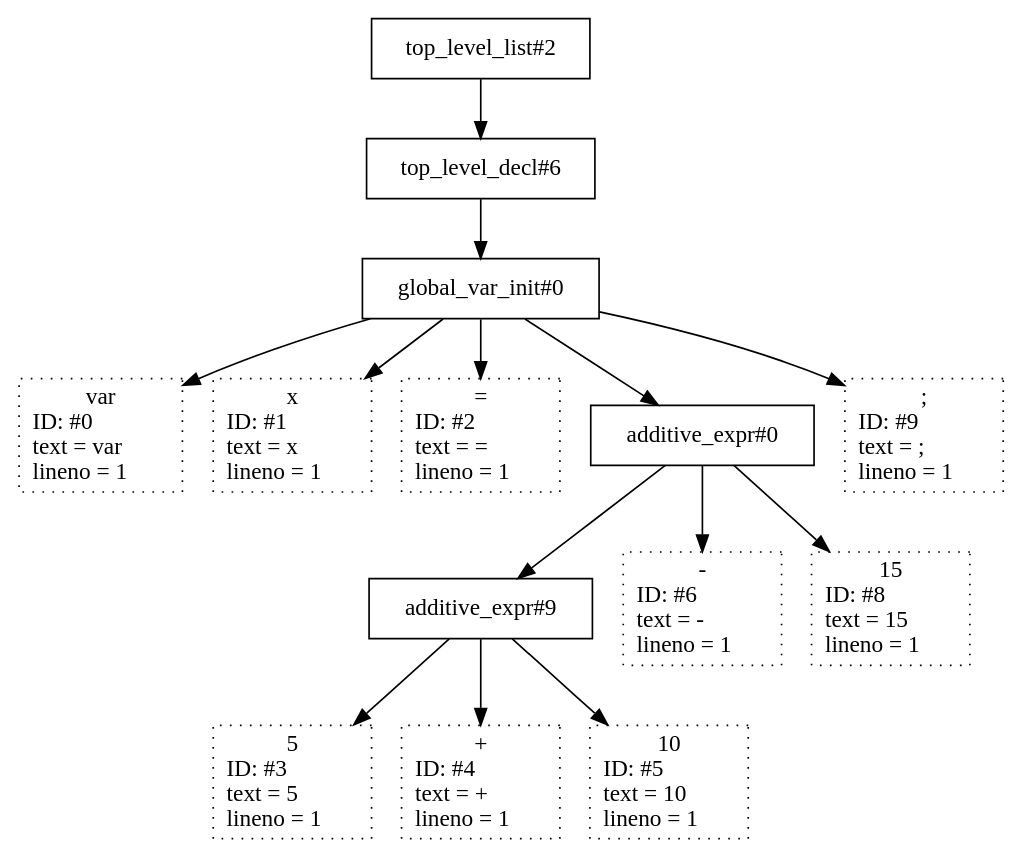
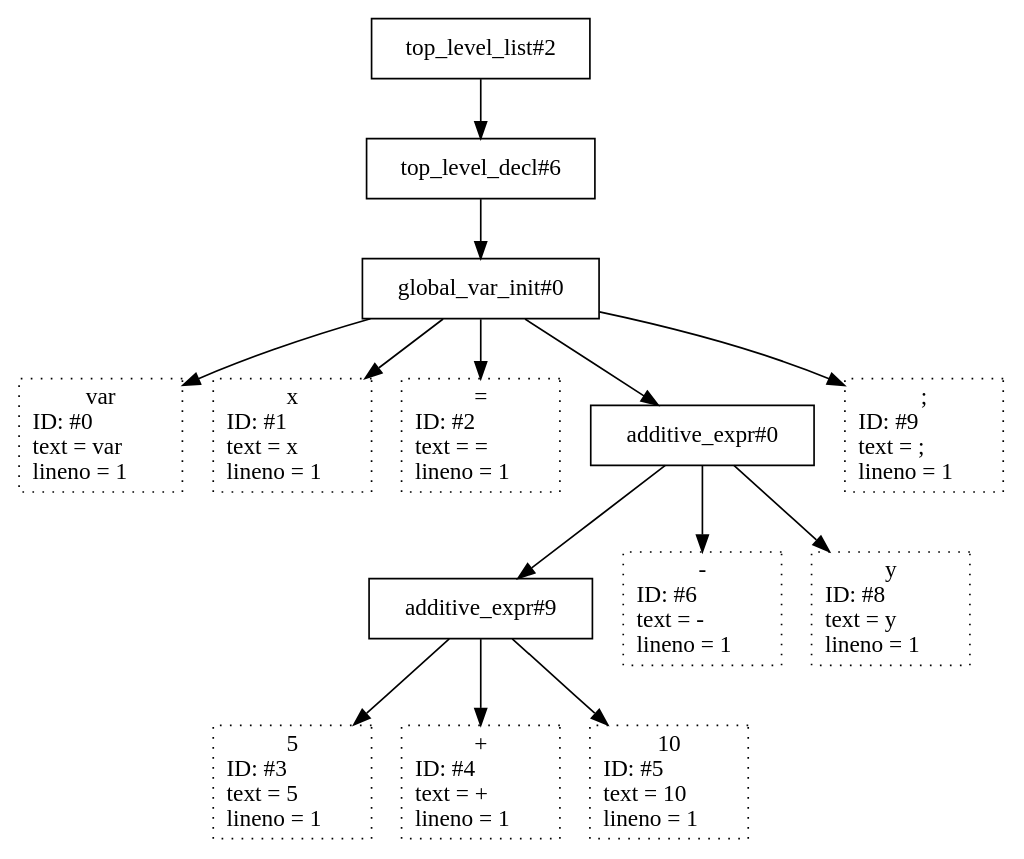
One commit to JaxenBujy/k0_compiler_group changed the diagram in foo.kt_tree.dot. Above: the diagram before and after it, drawn with Graphviz. The commit also changed 7 other files, not shown here.

```diff
--- a/foo.kt_tree.dot
+++ b/foo.kt_tree.dot
@@ -1,29 +1,29 @@
 digraph {
 N13 [shape=box label="top_level_list#2"];
 N13 -> N12;
 N12 [shape=box label="top_level_decl#6"];
 N12 -> N11;
 N11 [shape=box label="global_var_init#0"];
 N11 -> N0;
 N0 [shape=box style=dotted label=" var \n ID: #0 \l text = var \l lineno = 1\l"];
 N11 -> N1;
 N1 [shape=box style=dotted label=" x \n ID: #1 \l text = x \l lineno = 1\l"];
 N11 -> N2;
 N2 [shape=box style=dotted label=" = \n ID: #2 \l text = = \l lineno = 1\l"];
 N11 -> N10;
 N10 [shape=box label="additive_expr#0"];
 N10 -> N7;
 N7 [shape=box label="additive_expr#9"];
 N7 -> N3;
 N3 [shape=box style=dotted label=" 5 \n ID: #3 \l text = 5 \l lineno = 1\l"];
 N7 -> N4;
 N4 [shape=box style=dotted label=" + \n ID: #4 \l text = + \l lineno = 1\l"];
 N7 -> N5;
 N5 [shape=box style=dotted label=" 10 \n ID: #5 \l text = 10 \l lineno = 1\l"];
 N10 -> N6;
 N6 [shape=box style=dotted label=" - \n ID: #6 \l text = - \l lineno = 1\l"];
 N10 -> N8;
-N8 [shape=box style=dotted label=" 15 \n ID: #8 \l text = 15 \l lineno = 1\l"];
+N8 [shape=box style=dotted label=" y \n ID: #8 \l text = y \l lineno = 1\l"];
 N11 -> N9;
 N9 [shape=box style=dotted label=" ; \n ID: #9 \l text = ; \l lineno = 1\l"];
 }
```
